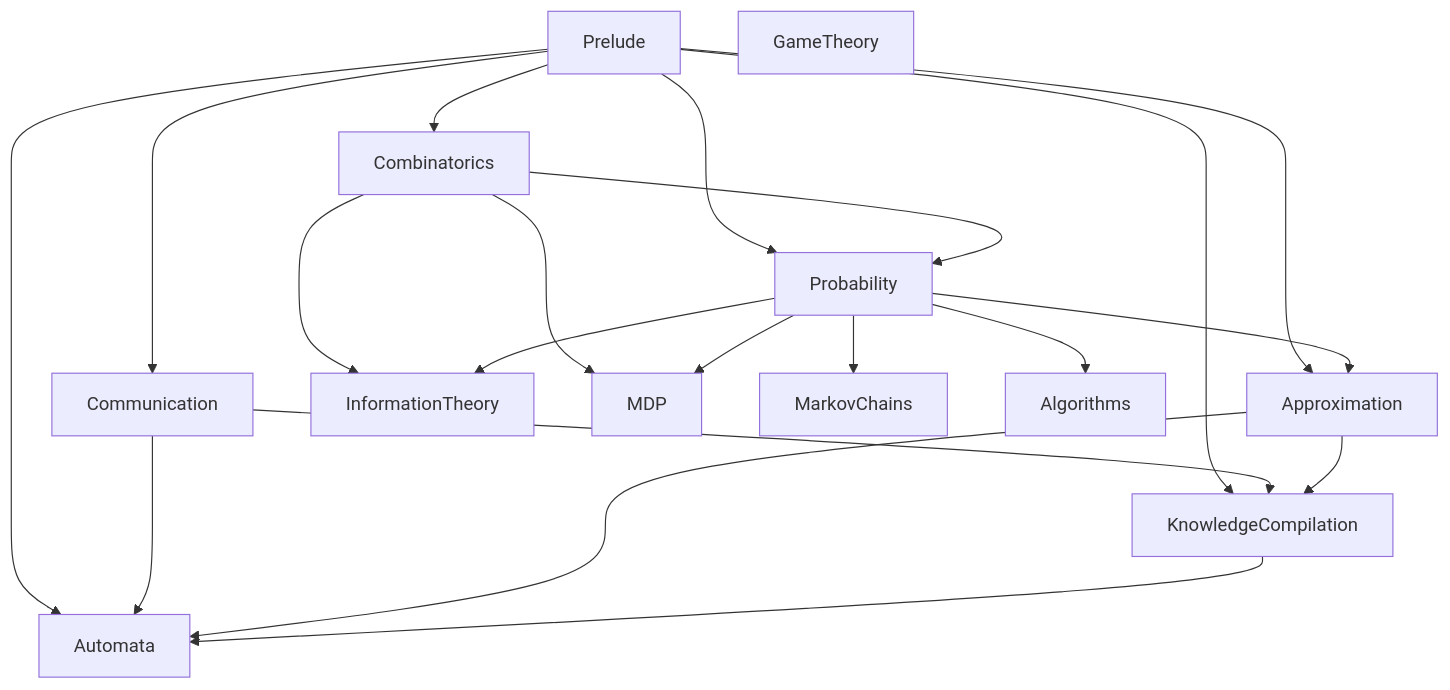
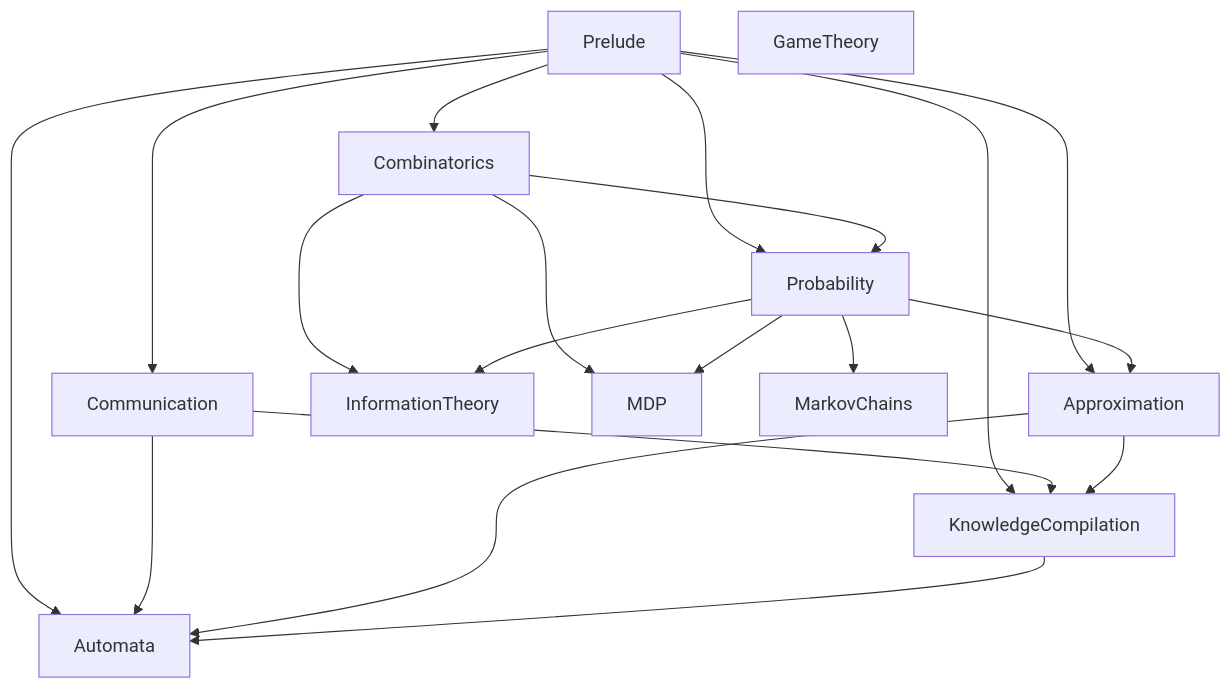
One commit to meelgroup/arlib changed the diagram in ARCHITECTURE.md. Above: the diagram before and after it, drawn with Mermaid. The commit also changed other lines of this file and 10 other files, not shown here.

````diff
--- a/ARCHITECTURE.md
+++ b/ARCHITECTURE.md
@@ -252,23 +245,22 @@
 ```mermaid
 graph TD
   Prelude --> Combinatorics
   Prelude --> Communication
   Prelude --> Probability
   Prelude --> Approximation
   Prelude --> KnowledgeCompilation
   Prelude --> Automata
   Combinatorics --> Probability
   Combinatorics --> InformationTheory
   Combinatorics --> MDP
   Probability --> InformationTheory
   Probability --> MarkovChains
   Probability --> MDP
   Probability --> Approximation
-  Probability --> Algorithms
   Communication --> KnowledgeCompilation
   Communication --> Automata
   Approximation --> KnowledgeCompilation
   Approximation --> Automata
   KnowledgeCompilation --> Automata
   GameTheory
 ```
````
